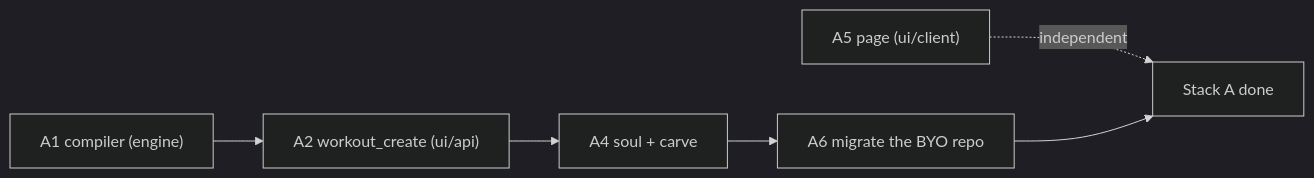
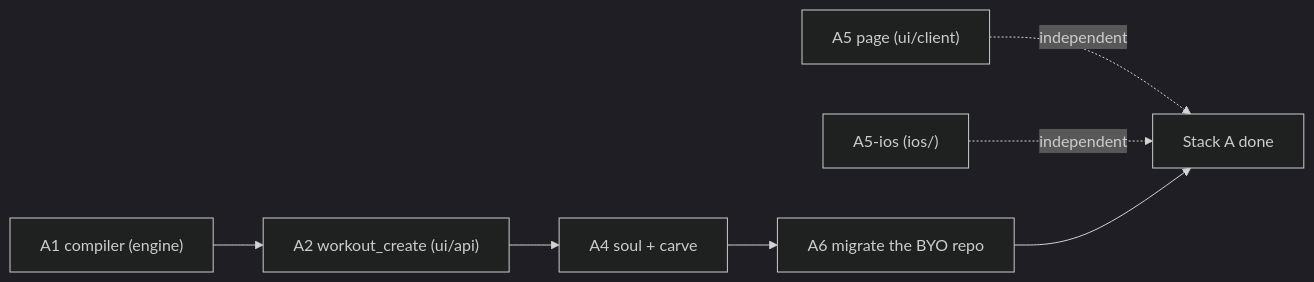
The diagram in docs/plans/workouts-stack-a-lld.md (sibling-shipyard/coach-hq), drawn with Mermaid (dark theme) before and after one commit. The commit also changed other lines of this file and 1 other file, not shown here.

First line of the commit message:
core: align HLD and LLD on three-band page, A5-ios, A2 commit (#727)

````diff
--- a/docs/plans/workouts-stack-a-lld.md
+++ b/docs/plans/workouts-stack-a-lld.md
@@ -17,8 +17,9 @@
 ```mermaid
 flowchart LR
   A5["A5 page (ui/client)"] -.->|independent| done["Stack A done"]
+  A5ios["A5-ios (ios/)"] -.->|independent| done
   A1["A1 compiler (engine)"] --> A2["A2 workout_create (ui/api)"]
   A2 --> A4["A4 soul + carve"]
   A4 --> A6["A6 migrate the BYO repo"]
   A6 --> done
 ```
````
